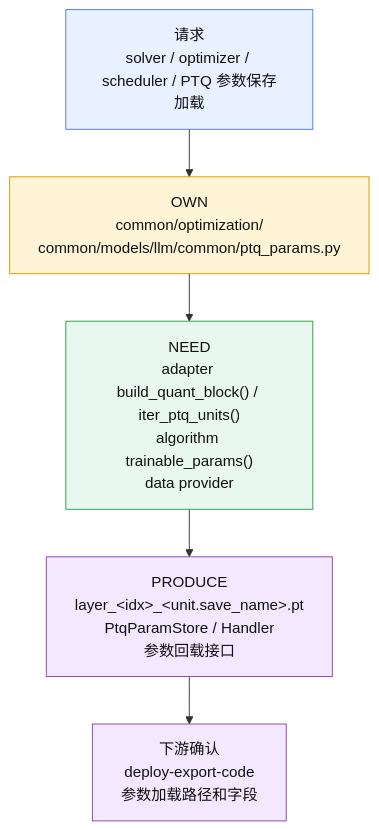
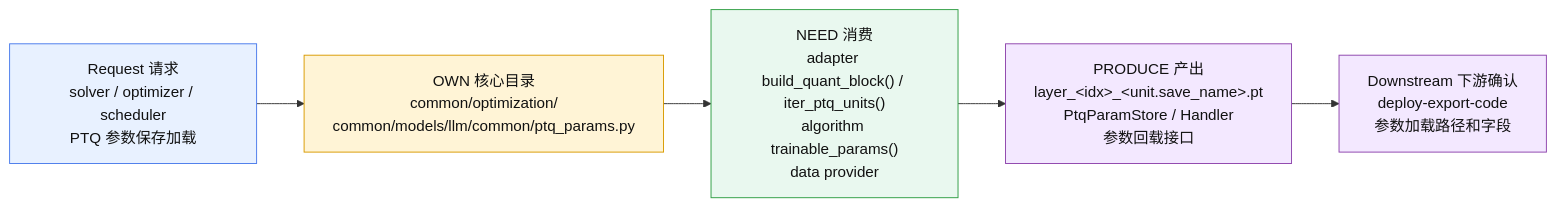
The seventh of 11 diagrams in .agents/docs/amct-coder-module-analysis.md (Atlas-Ascend-Fork/amct), drawn with Mermaid before and after one commit. The commit also changed other lines of this file, not shown here.

````diff
--- a/.agents/docs/amct-coder-module-analysis.md
+++ b/.agents/docs/amct-coder-module-analysis.md
@@ -215,16 +269,16 @@
 ```mermaid
-flowchart TB
-    A["请求<br/>solver / optimizer / scheduler / PTQ 参数保存加载"] --> B["OWN<br/>common/optimization/<br/>common/models/llm/common/ptq_params.py"]
-    B --> C["NEED<br/>adapter build_quant_block() / iter_ptq_units()<br/>algorithm trainable_params()<br/>data provider"]
-    C --> D["PRODUCE<br/>layer_&lt;idx&gt;_&lt;unit.save_name&gt;.pt<br/>PtqParamStore / Handler<br/>参数回载接口"]
-    D --> E["下游确认<br/>deploy-export-code<br/>参数加载路径和字段"]
+flowchart LR
+    A["Request 请求<br/>solver / optimizer / scheduler<br/>PTQ 参数保存加载"] --> B["OWN 核心目录<br/>common/optimization/<br/>common/models/llm/common/ptq_params.py"]
+    B --> C["NEED 消费<br/>adapter build_quant_block() / iter_ptq_units()<br/>algorithm trainable_params()<br/>data provider"]
+    C --> D["PRODUCE 产出<br/>layer_&lt;idx&gt;_&lt;unit.save_name&gt;.pt<br/>PtqParamStore / Handler<br/>参数回载接口"]
+    D --> E["Downstream 下游确认<br/>deploy-export-code<br/>参数加载路径和字段"]
 
     classDef entry fill:#e8f1ff,stroke:#4b7bec,stroke-width:1px,color:#111;
     classDef core fill:#fff4d6,stroke:#d99a00,stroke-width:1px,color:#111;
     classDef data fill:#e9f8ef,stroke:#2f9e44,stroke-width:1px,color:#111;
     classDef out fill:#f3e8ff,stroke:#8e44ad,stroke-width:1px,color:#111;
     class A entry;
     class B core;
     class C data;
     class D,E out;
 ```
````
